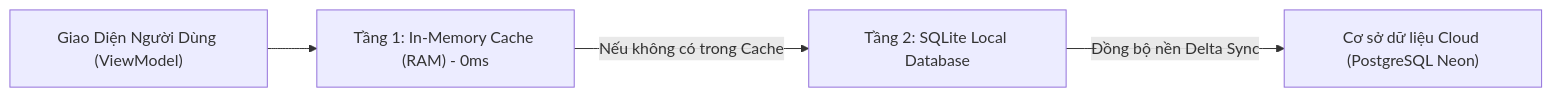
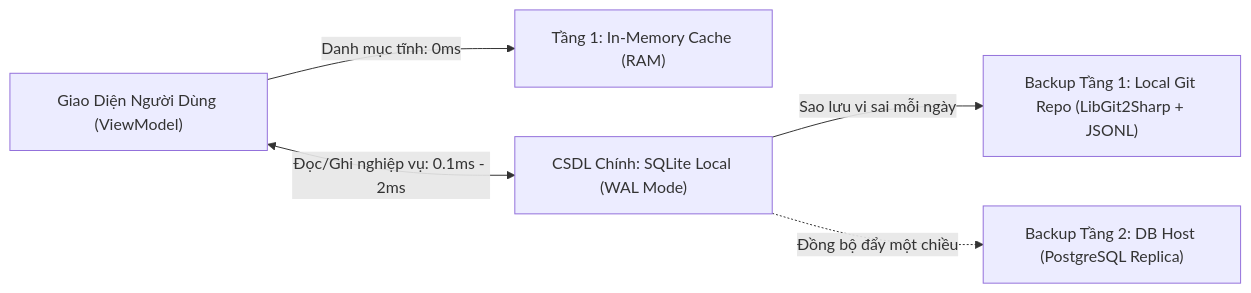
One commit to Nguyen06-CSE/quan-li-dang-ky-hoc-phan changed the second of 2 diagrams in docs/01-dac-ta-ung-dung/02-kien-truc-he-thong.md. Above: the diagram before and after it, drawn with Mermaid. The commit also changed other lines of this file and 24 other files, not shown here.

First line of the commit message:
feat(database): chuyển đổi CSDL chính sang SQLite Local và triển khai sao lưu đa tầng (F11)

````diff
--- a/docs/01-dac-ta-ung-dung/02-kien-truc-he-thong.md
+++ b/docs/01-dac-ta-ung-dung/02-kien-truc-he-thong.md
@@ -81,6 +81,7 @@
 ```mermaid
 graph LR
-    UI["Giao Diện Người Dùng (ViewModel)"] --> L1["Tầng 1: In-Memory Cache (RAM) - 0ms"]
-    L1 -->|Nếu không có trong Cache| L2["Tầng 2: SQLite Local Database"]
-    L2 -->|Đồng bộ nền Delta Sync| Cloud["Cơ sở dữ liệu Cloud (PostgreSQL Neon)"]
+    UI["Giao Diện Người Dùng (ViewModel)"] -->|Danh mục tĩnh: 0ms| L1["Tầng 1: In-Memory Cache (RAM)"]
+    UI <-->|Đọc/Ghi nghiệp vụ: 0.1ms - 2ms| L2["CSDL Chính: SQLite Local (WAL Mode)"]
+    L2 -->|Sao lưu vi sai mỗi ngày| GitBackup["Backup Tầng 1: Local Git Repo (LibGit2Sharp + JSONL)"]
+    L2 -.->|Đồng bộ đẩy một chiều| HostBackup["Backup Tầng 2: DB Host (PostgreSQL Replica)"]
 ```
````
